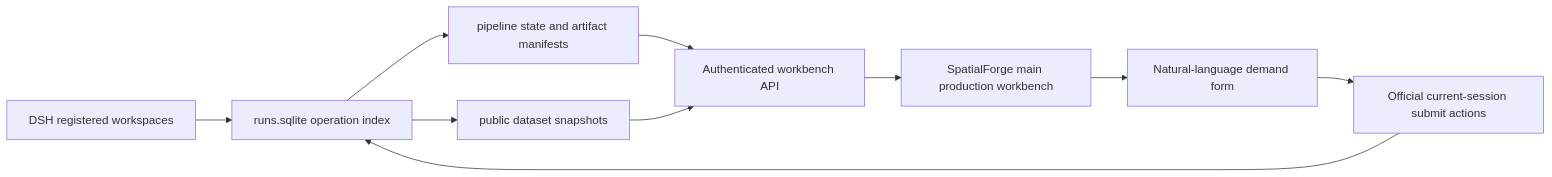
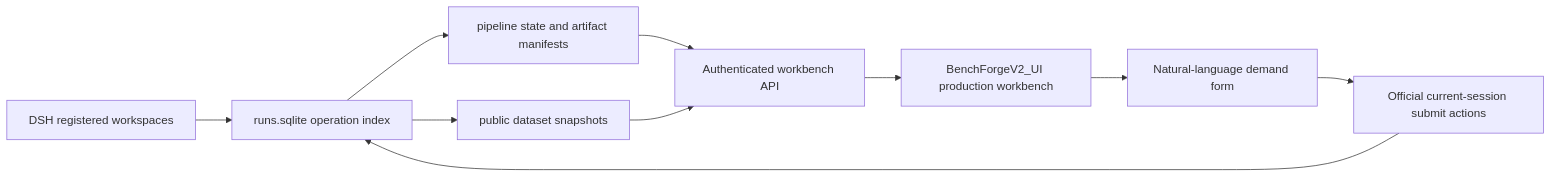
The diagram in docs/frontend-workbench-v2.md (EurecaMoment/BenchForgeV2), drawn with Mermaid before and after one commit. The commit also changed other lines of this file and 55 other files, not shown here.

Commit message:
Unify BenchForge product names while retaining legacy session contracts

````diff
--- a/docs/frontend-workbench-v2.md
+++ b/docs/frontend-workbench-v2.md
@@ -71,12 +71,12 @@
 ```mermaid
 flowchart LR
   A[DSH registered workspaces] --> B[runs.sqlite operation index]
   B --> C[pipeline state and artifact manifests]
   B --> D[public dataset snapshots]
   C --> E[Authenticated workbench API]
   D --> E
-  E --> F[SpatialForge main production workbench]
+  E --> F[BenchForgeV2_UI production workbench]
   F --> G[Natural-language demand form]
   G --> H[Official current-session submit actions]
   H --> B
 ```
````
